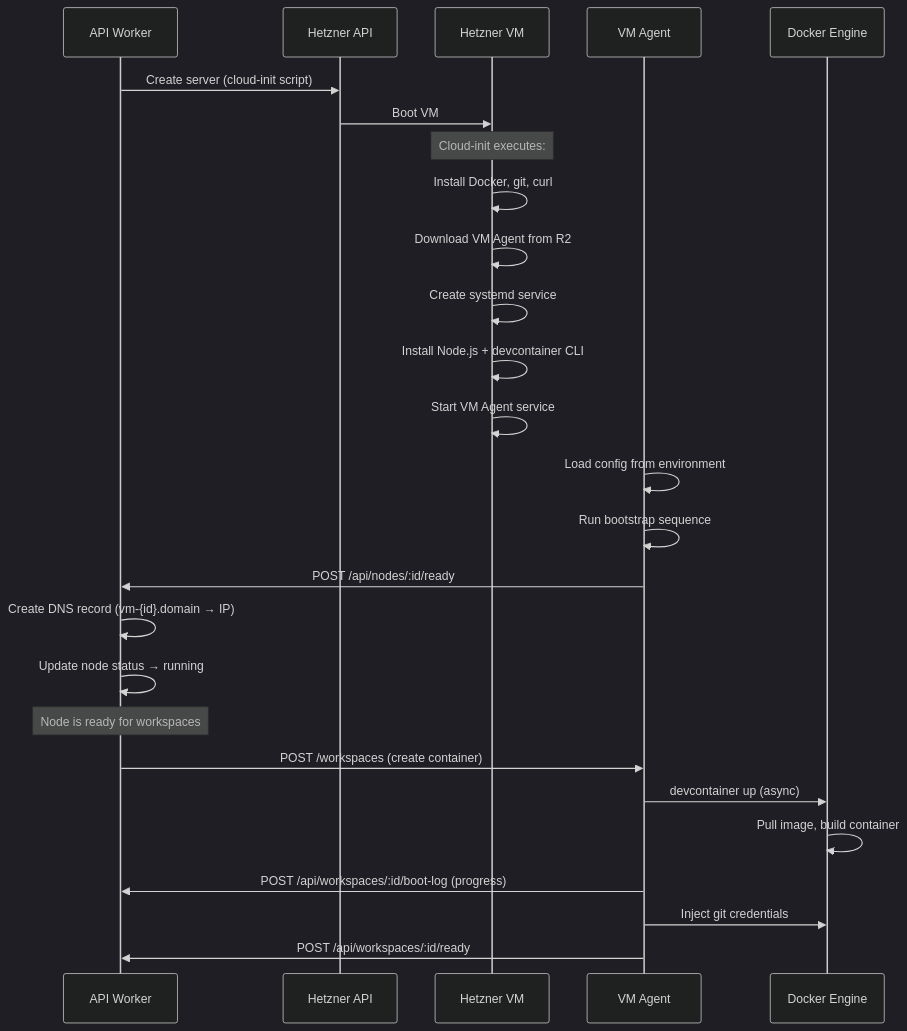
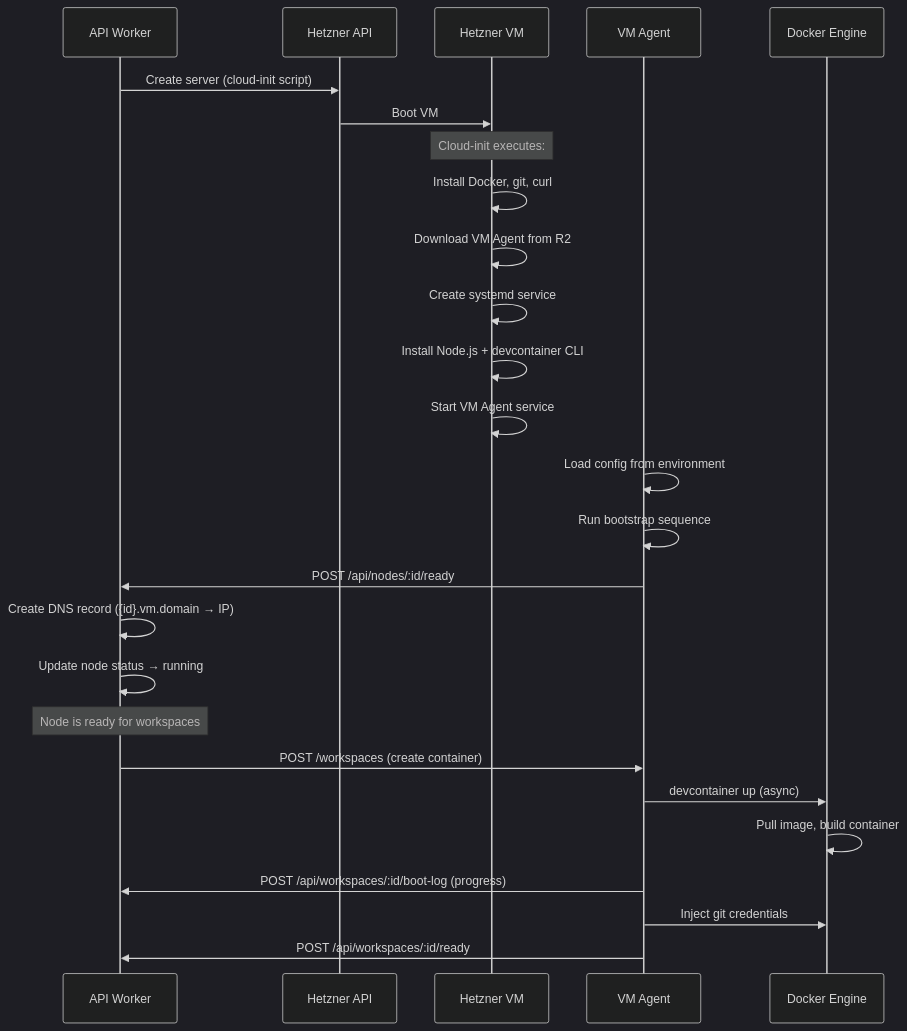
One commit to raphaeltm/simple-agent-manager changed diagram 12 of 17 in docs/architecture/walkthrough.md. Above: the diagram before and after it, drawn with Mermaid (dark theme). The commit also changed other lines of this file and 14 other files, not shown here.

````diff
--- a/docs/architecture/walkthrough.md
+++ b/docs/architecture/walkthrough.md
@@ -648,33 +648,33 @@
 ```mermaid
 sequenceDiagram
     participant API as API Worker
     participant Hetzner as Hetzner API
     participant VM as Hetzner VM
     participant Agent as VM Agent
     participant Docker as Docker Engine
 
     API->>Hetzner: Create server (cloud-init script)
     Hetzner->>VM: Boot VM
 
     Note over VM: Cloud-init executes:
     VM->>VM: Install Docker, git, curl
     VM->>VM: Download VM Agent from R2
     VM->>VM: Create systemd service
     VM->>VM: Install Node.js + devcontainer CLI
     VM->>VM: Start VM Agent service
 
     Agent->>Agent: Load config from environment
     Agent->>Agent: Run bootstrap sequence
     Agent->>API: POST /api/nodes/:id/ready
-    API->>API: Create DNS record (vm-{id}.domain → IP)
+    API->>API: Create DNS record ({id}.vm.domain → IP)
     API->>API: Update node status → running
 
     Note over API: Node is ready for workspaces
 
     API->>Agent: POST /workspaces (create container)
     Agent->>Docker: devcontainer up (async)
     Docker->>Docker: Pull image, build container
     Agent->>API: POST /api/workspaces/:id/boot-log (progress)
     Agent->>Docker: Inject git credentials
     Agent->>API: POST /api/workspaces/:id/ready
 ```
````
